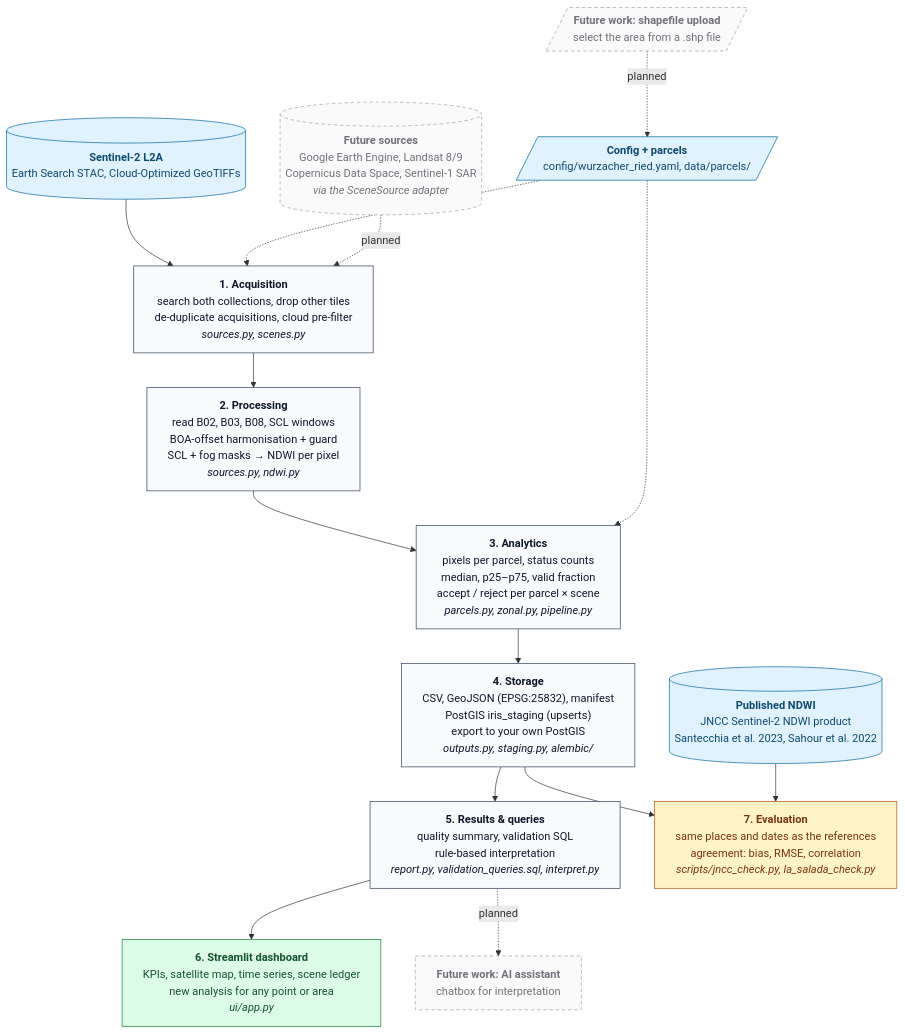
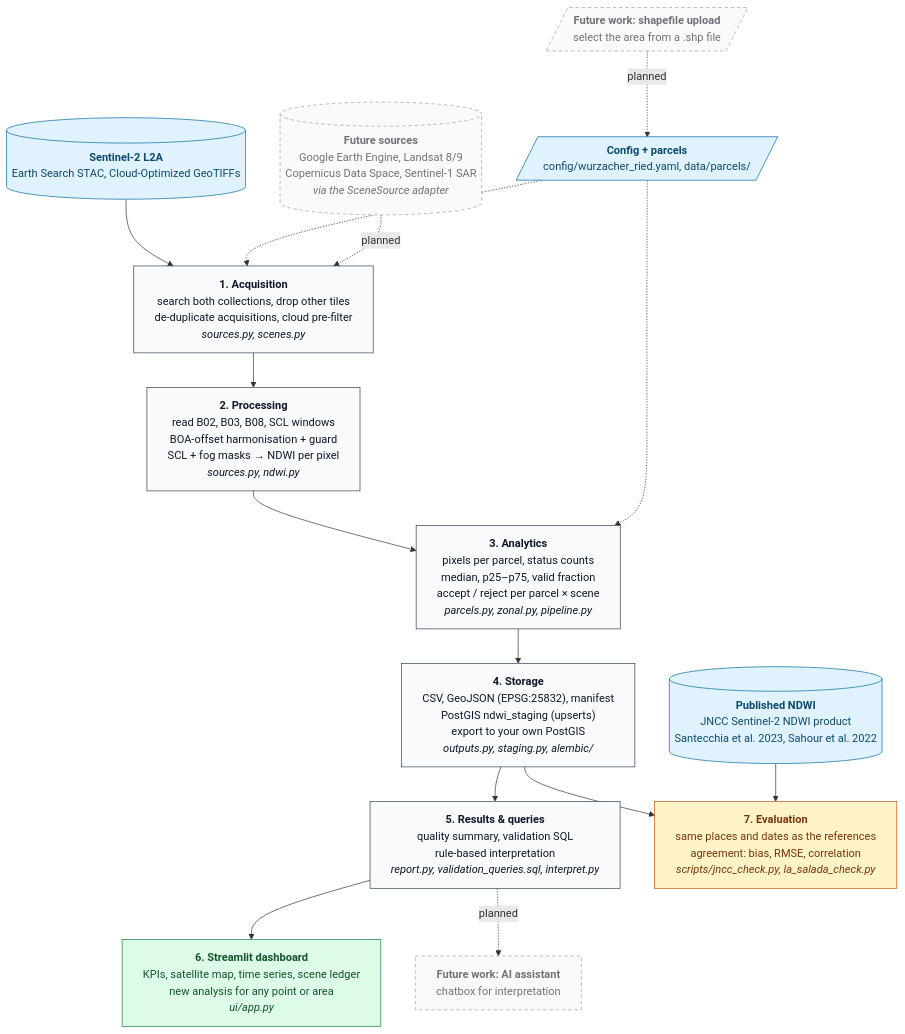
One commit to SomayehAhmadpour/Peatland-Moisture-Index changed the diagram in README.md. Above: the diagram before and after it, drawn with Mermaid. The commit also changed other lines of this file and 41 other files, not shown here.

Commit message:
Make this a personal project: rename package to peat_ndwi, schema to ndwi_staging, remove company and task references

````diff
--- a/README.md
+++ b/README.md
@@ -263,38 +263,38 @@
 ```mermaid
 %%{init: {"fontFamily": "Arial, Helvetica, sans-serif", "themeVariables": {"fontFamily": "Arial, Helvetica, sans-serif"}, "flowchart": {"wrappingWidth": 340}}}%%
 flowchart TD
     S2[("<b>Sentinel-2 L2A</b><br/>Earth Search STAC, Cloud-Optimized GeoTIFFs")]
     FUTSRC[("<b>Future sources</b><br/>Google Earth Engine, Landsat 8/9<br/>Copernicus Data Space, Sentinel-1 SAR<br/><i>via the SceneSource adapter</i>")]
     CFG[/"<b>Config + parcels</b><br/>config/wurzacher_ried.yaml, data/parcels/"/]
     FUTSHP[/"<b>Future work: shapefile upload</b><br/>select the area from a .shp file"/]
     REF[("<b>Published NDWI</b><br/>JNCC Sentinel-2 NDWI product<br/>Santecchia et al. 2023, Sahour et al. 2022")]
 
     ACQ["<b>1. Acquisition</b><br/>search both collections, drop other tiles<br/>de-duplicate acquisitions, cloud pre-filter<br/><i>sources.py, scenes.py</i>"]
     PRO["<b>2. Processing</b><br/>read B02, B03, B08, SCL windows<br/>BOA-offset harmonisation + guard<br/>SCL + fog masks → NDWI per pixel<br/><i>sources.py, ndwi.py</i>"]
     ANA["<b>3. Analytics</b><br/>pixels per parcel, status counts<br/>median, p25–p75, valid fraction<br/>accept / reject per parcel × scene<br/><i>parcels.py, zonal.py, pipeline.py</i>"]
-    STO["<b>4. Storage</b><br/>CSV, GeoJSON (EPSG:25832), manifest<br/>PostGIS iris_staging (upserts)<br/>export to your own PostGIS<br/><i>outputs.py, staging.py, alembic/</i>"]
+    STO["<b>4. Storage</b><br/>CSV, GeoJSON (EPSG:25832), manifest<br/>PostGIS ndwi_staging (upserts)<br/>export to your own PostGIS<br/><i>outputs.py, staging.py, alembic/</i>"]
     SRV["<b>5. Results & queries</b><br/>quality summary, validation SQL<br/>rule-based interpretation<br/><i>report.py, validation_queries.sql, interpret.py</i>"]
     UI["<b>6. Streamlit dashboard</b><br/>KPIs, satellite map, time series, scene ledger<br/>new analysis for any point or area<br/><i>ui/app.py</i>"]
     EVA["<b>7. Evaluation</b><br/>same places and dates as the references<br/>agreement: bias, RMSE, correlation<br/><i>scripts/jncc_check.py, la_salada_check.py</i>"]
     FUTAI["<b>Future work: AI assistant</b><br/>chatbox for interpretation"]
 
     S2 --> ACQ --> PRO --> ANA --> STO --> SRV --> UI
     STO --> EVA
     REF --> EVA
     CFG -.-> ACQ
     CFG -.-> ANA
     FUTSHP -.->|planned| CFG
     FUTSRC -.->|planned| ACQ
     SRV -.->|planned| FUTAI
 
     classDef source fill:#e0f2fe,stroke:#0369a1,color:#0c4a6e
     classDef stage fill:#f8fafc,stroke:#334155,color:#0f172a
     classDef ui fill:#dcfce7,stroke:#15803d,color:#14532d
     classDef future fill:#fafafa,stroke:#a1a1aa,stroke-dasharray:5 4,color:#71717a
     classDef eval fill:#fef3c7,stroke:#b45309,color:#78350f
     class S2,CFG,REF source
     class ACQ,PRO,ANA,STO,SRV stage
     class EVA eval
     class UI ui
     class FUTSRC,FUTSHP,FUTAI future
 ```
````
